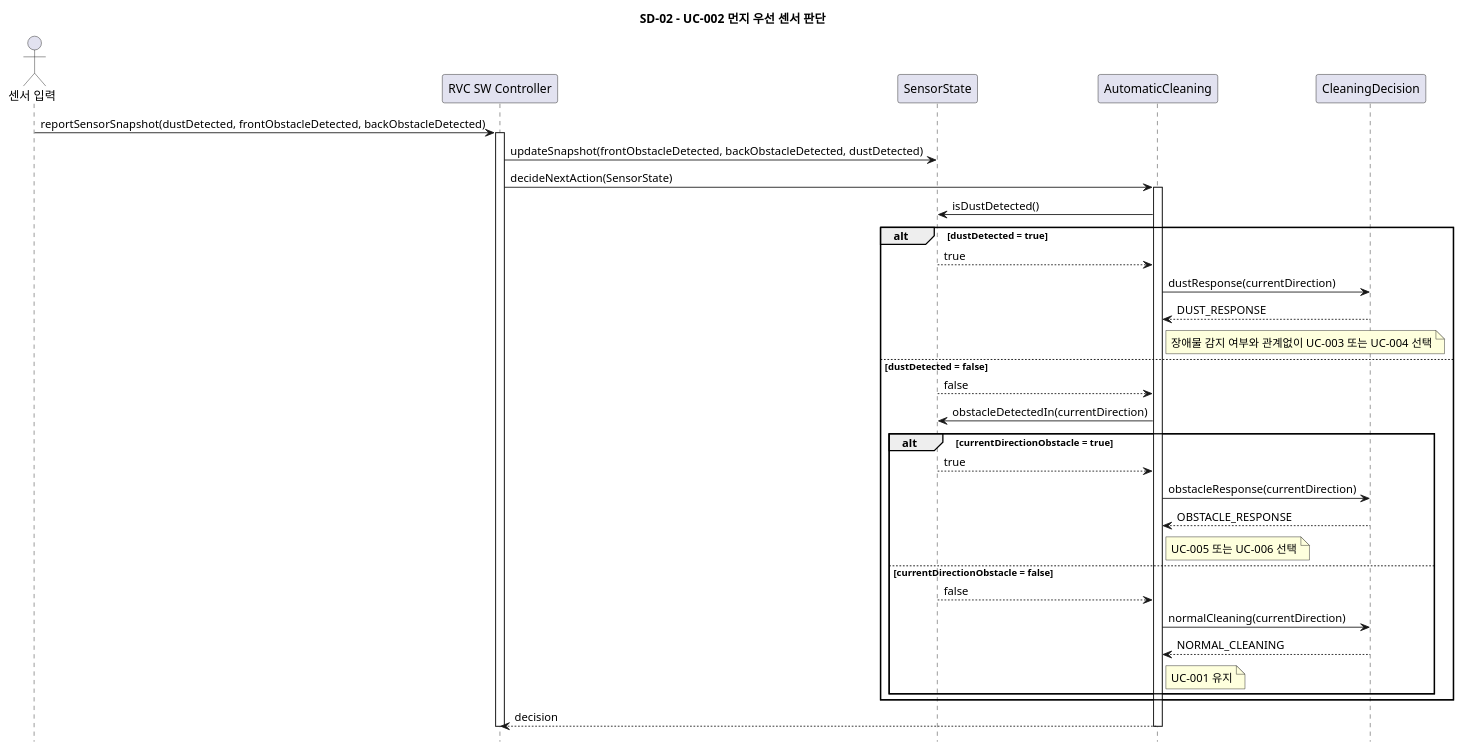
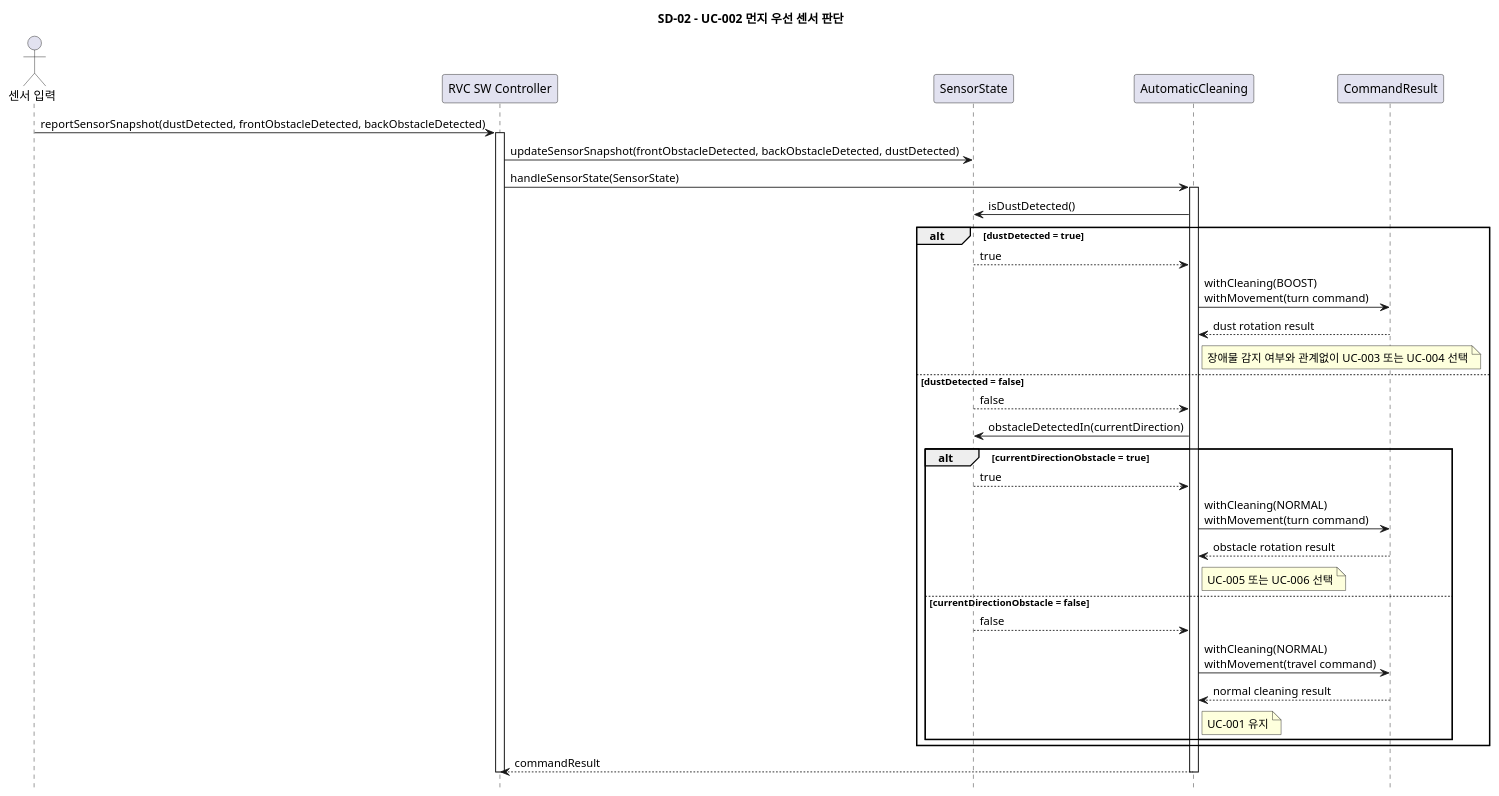
Before and after one commit to OOAD-Team3/Robot-Vacuum-Cleaner-AI: the diagram in docs/sd/SD-02.puml, drawn with PlantUML. The commit also changed 33 other files, not shown here.

```diff
--- a/docs/sd/SD-02.puml
+++ b/docs/sd/SD-02.puml
@@ -5,42 +5,42 @@
 @startuml SD_02_UC002_Dust_First_Decision
 hide footbox
 title SD-02 - UC-002 먼지 우선 센서 판단
 
 actor "센서 입력" as Sensor
 participant "RVC SW Controller" as Controller
 participant "SensorState" as SensorState
 participant "AutomaticCleaning" as Cleaning
-participant "CleaningDecision" as Decision
+participant "CommandResult" as CommandResult
 
 Sensor -> Controller: reportSensorSnapshot(dustDetected, frontObstacleDetected, backObstacleDetected)
 activate Controller
-Controller -> SensorState: updateSnapshot(frontObstacleDetected, backObstacleDetected, dustDetected)
-Controller -> Cleaning: decideNextAction(SensorState)
+Controller -> SensorState: updateSensorSnapshot(frontObstacleDetected, backObstacleDetected, dustDetected)
+Controller -> Cleaning: handleSensorState(SensorState)
 activate Cleaning
 
 Cleaning -> SensorState: isDustDetected()
 alt dustDetected = true
     SensorState --> Cleaning: true
-    Cleaning -> Decision: dustResponse(currentDirection)
-    Decision --> Cleaning: DUST_RESPONSE
+    Cleaning -> CommandResult: withCleaning(BOOST)\nwithMovement(turn command)
+    CommandResult --> Cleaning: dust rotation result
     note right of Cleaning: 장애물 감지 여부와 관계없이 UC-003 또는 UC-004 선택
 else dustDetected = false
     SensorState --> Cleaning: false
     Cleaning -> SensorState: obstacleDetectedIn(currentDirection)
     alt currentDirectionObstacle = true
         SensorState --> Cleaning: true
-        Cleaning -> Decision: obstacleResponse(currentDirection)
-        Decision --> Cleaning: OBSTACLE_RESPONSE
+        Cleaning -> CommandResult: withCleaning(NORMAL)\nwithMovement(turn command)
+        CommandResult --> Cleaning: obstacle rotation result
         note right of Cleaning: UC-005 또는 UC-006 선택
     else currentDirectionObstacle = false
         SensorState --> Cleaning: false
-        Cleaning -> Decision: normalCleaning(currentDirection)
-        Decision --> Cleaning: NORMAL_CLEANING
+        Cleaning -> CommandResult: withCleaning(NORMAL)\nwithMovement(travel command)
+        CommandResult --> Cleaning: normal cleaning result
         note right of Cleaning: UC-001 유지
     end
 end
 
-Cleaning --> Controller: decision
+Cleaning --> Controller: commandResult
 deactivate Cleaning
 deactivate Controller
 @enduml
```
